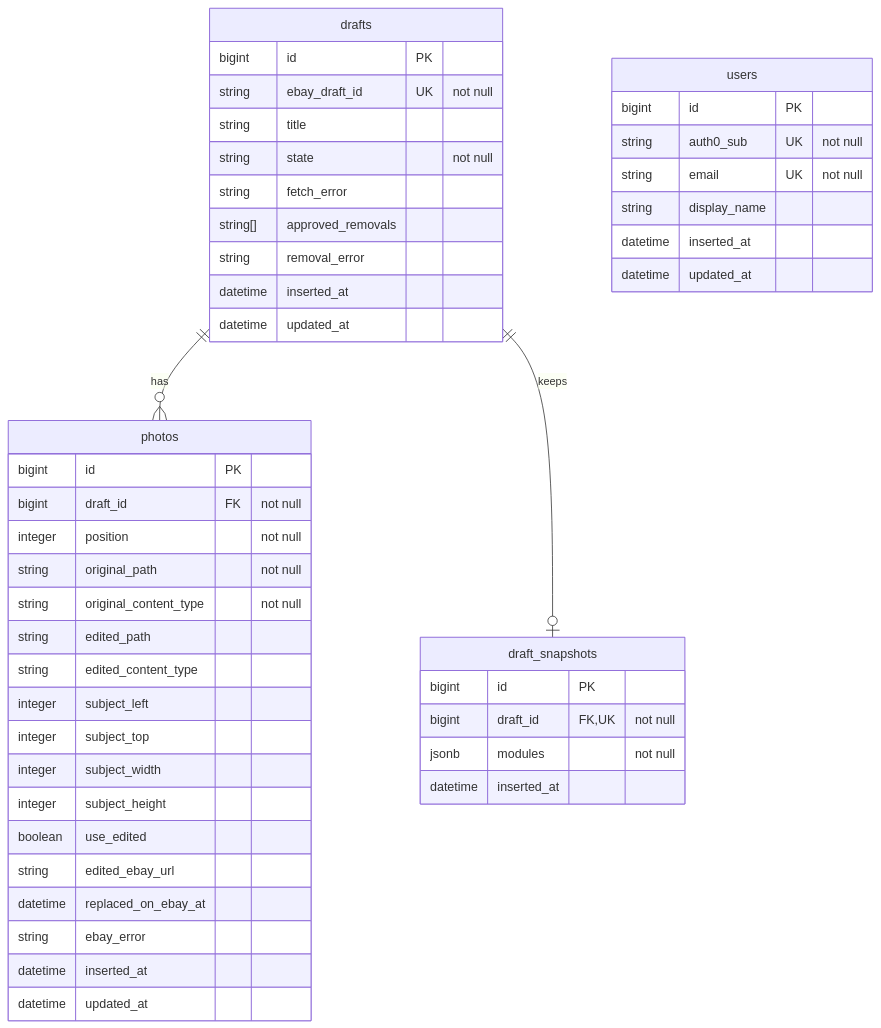
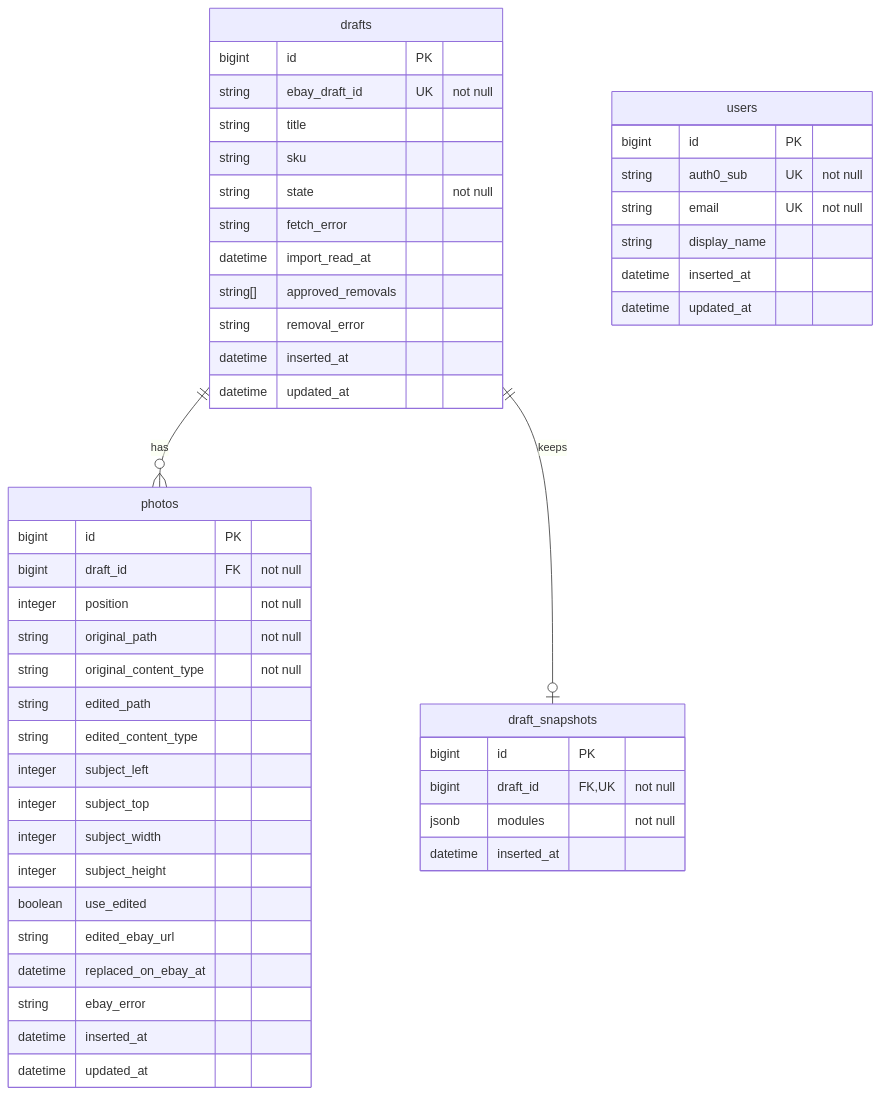
The diagram in docs/erd.md (dewetblomerus/flipper), drawn with Mermaid before and after one commit. The commit also changed other lines of this file and 24 other files, not shown here.

Commit message:
Import Seller Hub drafts and wait for a SKU before photo work.

````diff
--- a/docs/erd.md
+++ b/docs/erd.md
@@ -7,53 +7,55 @@
 ```mermaid
 erDiagram
     drafts ||--o{ photos : has
     drafts ||--o| draft_snapshots : keeps
 
     users {
         bigint id PK
         string auth0_sub UK "not null"
         string email UK "not null"
         string display_name
         datetime inserted_at
         datetime updated_at
     }
 
     drafts {
         bigint id PK
         string ebay_draft_id UK "not null"
         string title
+        string sku
         string state "not null"
         string fetch_error
+        datetime import_read_at
         string[] approved_removals
         string removal_error
         datetime inserted_at
         datetime updated_at
     }
 
     photos {
         bigint id PK
         bigint draft_id FK "not null"
         integer position "not null"
         string original_path "not null"
         string original_content_type "not null"
         string edited_path
         string edited_content_type
         integer subject_left
         integer subject_top
         integer subject_width
         integer subject_height
         boolean use_edited
         string edited_ebay_url
         datetime replaced_on_ebay_at
         string ebay_error
         datetime inserted_at
         datetime updated_at
     }
 
     draft_snapshots {
         bigint id PK
         bigint draft_id FK,UK "not null"
         jsonb modules "not null"
         datetime inserted_at
     }
 ```
````
